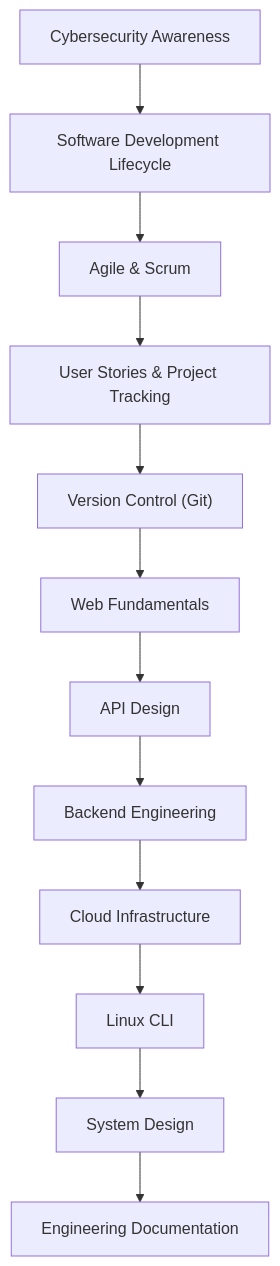
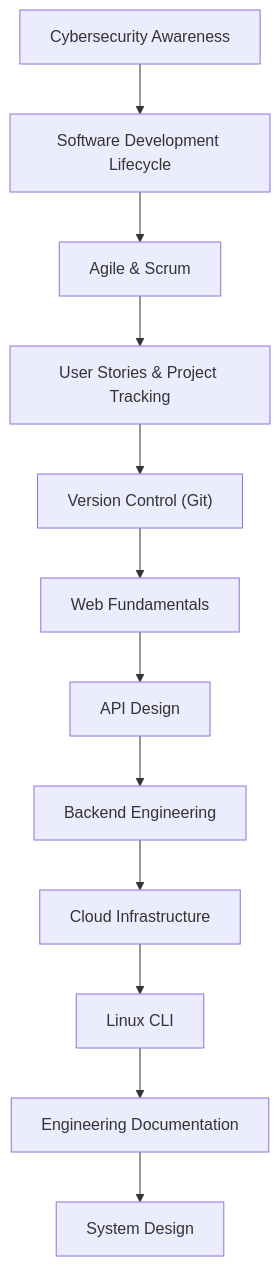
One commit to thynqit/bootcamp-foundational changed the diagram in README.md. Above: the diagram before and after it, drawn with Mermaid. The commit also changed other lines of this file and 60 other files, not shown here.

````diff
--- a/README.md
+++ b/README.md
@@ -130,27 +136,27 @@
 ```mermaid
 flowchart TD
     A[Cybersecurity Awareness]
     B[Software Development Lifecycle]
     C[Agile & Scrum]
     D[User Stories & Project Tracking]
     E["Version Control (Git)"]
     F[Web Fundamentals]
     G[API Design]
     H[Backend Engineering]
     I[Cloud Infrastructure]
     J[Linux CLI]
-    K[System Design]
-    L[Engineering Documentation]
+    K[Engineering Documentation]
+    L[System Design]
 
     A --> B
     B --> C
     C --> D
     D --> E
     E --> F
     F --> G
     G --> H
     H --> I
     I --> J
     J --> K
     K --> L
 ```
````
